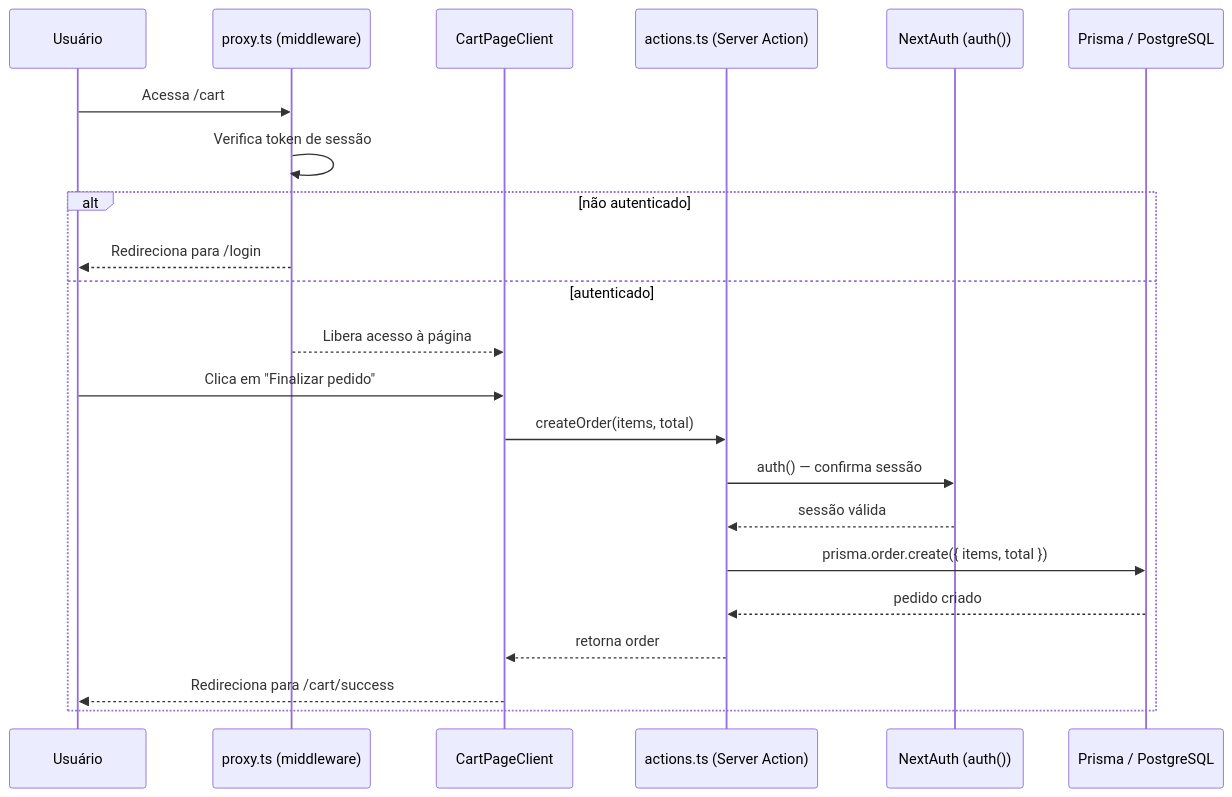
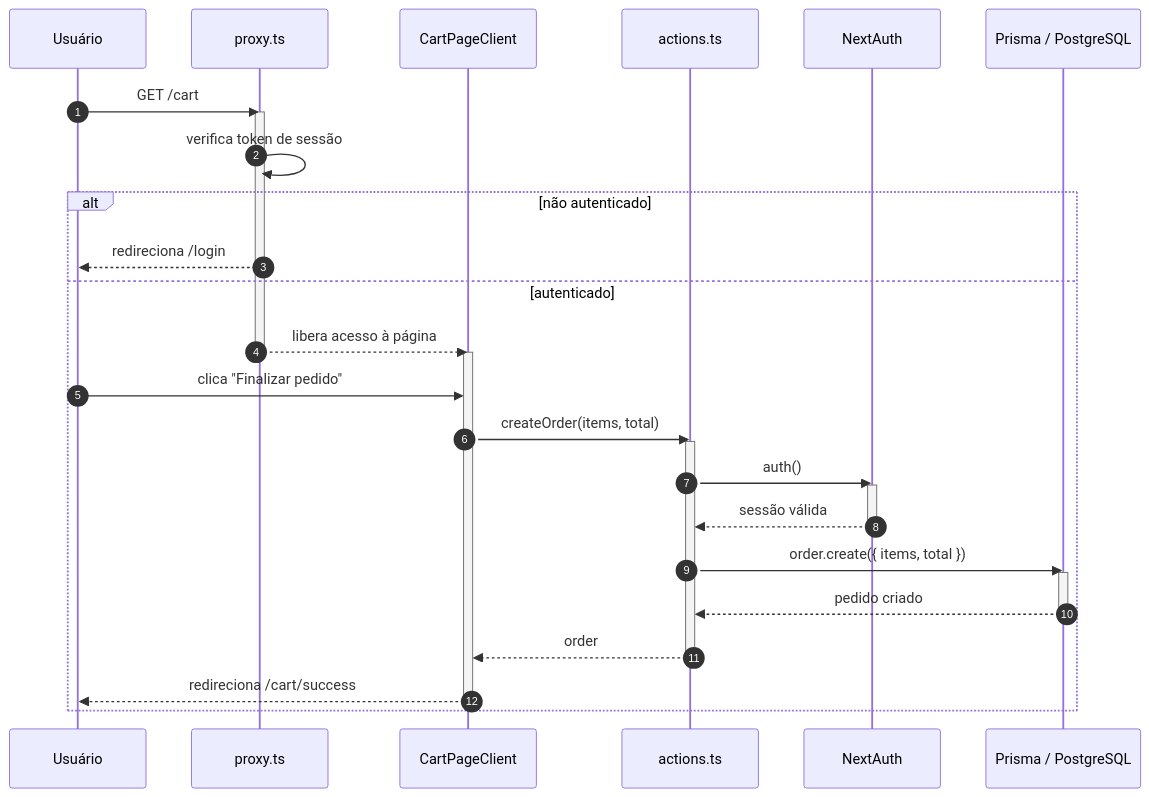
Before and after one commit to JoaoFabris/Meal-Delivery: the second of 3 diagrams in docs/arquitetura.md, drawn with Mermaid. The commit also changed other lines of this file, not shown here.

````diff
--- a/docs/arquitetura.md
+++ b/docs/arquitetura.md
@@ -100,25 +98,37 @@
 ```mermaid
 sequenceDiagram
+    autonumber
     participant U as Usuário
-    participant M as proxy.ts (middleware)
+    participant M as proxy.ts
     participant P as CartPageClient
-    participant A as actions.ts (Server Action)
-    participant Auth as NextAuth (auth())
+    participant A as actions.ts
+    participant Auth as NextAuth
     participant DB as Prisma / PostgreSQL
 
-    U->>M: Acessa /cart
-    M->>M: Verifica token de sessão
+    U->>M: GET /cart
+    activate M
+    M->>M: verifica token de sessão
+
     alt não autenticado
-        M-->>U: Redireciona para /login
+        M-->>U: redireciona /login
     else autenticado
-        M-->>P: Libera acesso à página
-        U->>P: Clica em "Finalizar pedido"
+        M-->>P: libera acesso à página
+        deactivate M
+        activate P
+        U->>P: clica "Finalizar pedido"
         P->>A: createOrder(items, total)
-        A->>Auth: auth() — confirma sessão
+        activate A
+        A->>Auth: auth()
+        activate Auth
         Auth-->>A: sessão válida
-        A->>DB: prisma.order.create({ items, total })
+        deactivate Auth
+        A->>DB: order.create({ items, total })
+        activate DB
         DB-->>A: pedido criado
-        A-->>P: retorna order
-        P-->>U: Redireciona para /cart/success
+        deactivate DB
+        A-->>P: order
+        deactivate A
+        P-->>U: redireciona /cart/success
+        deactivate P
     end
 ```
````
